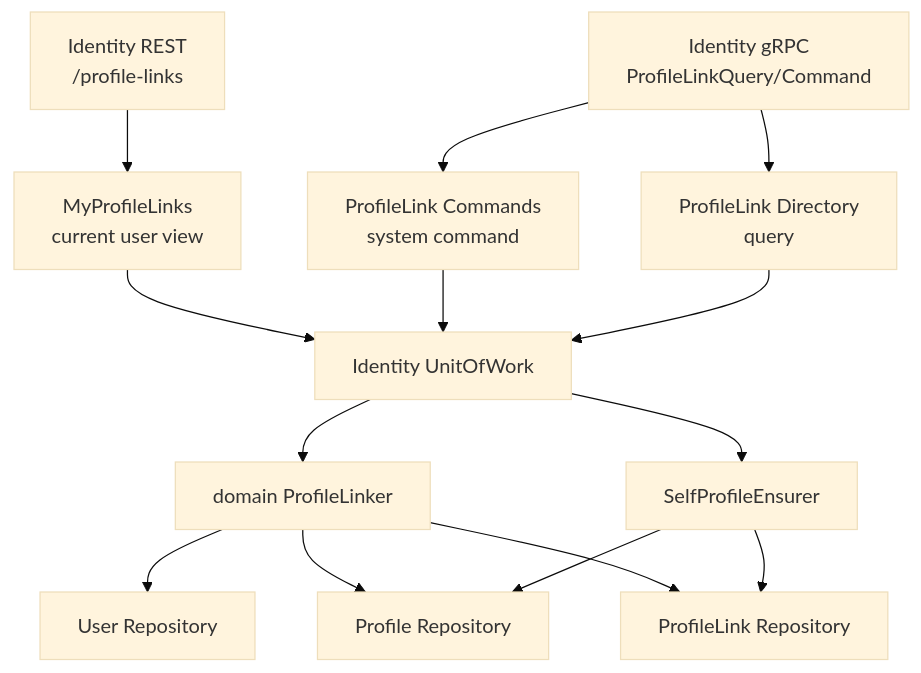
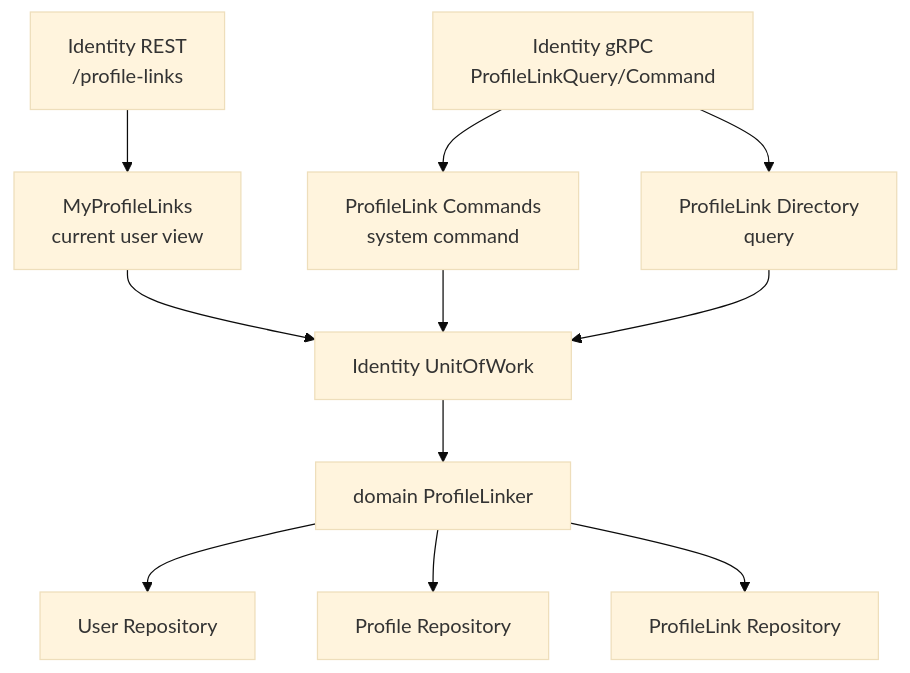
Before and after one commit to FangcunMount/iam: the first of 6 diagrams in docs/_archive/05-专题分析/04-ProfileLink链路--用户&儿童档案关系协作.md, drawn with Mermaid (base theme). The commit also changed other lines of this file and 35 other files, not shown here.

Commit message:
feat  的 identity 模块业务规则更新： - User 不一定天然拥有 self Profile。 - User 可以通过 C 端功能主动创建 Profile。 - 创建时由业务语义决定这条 ProfileLink 是 self 还是 relation。

````diff
--- a/docs/_archive/05-专题分析/04-ProfileLink链路--用户&儿童档案关系协作.md
+++ b/docs/_archive/05-专题分析/04-ProfileLink链路--用户&儿童档案关系协作.md
@@ -17,28 +17,24 @@
 ```mermaid
 flowchart TD
     REST["Identity REST\n/profile-links"]
     GRPC["Identity gRPC\nProfileLinkQuery/Command"]
     MyLinks["MyProfileLinks\ncurrent user view"]
     Commands["ProfileLink Commands\nsystem command"]
     Directory["ProfileLink Directory\nquery"]
     UOW["Identity UnitOfWork"]
     Linker["domain ProfileLinker"]
-    Ensurer["SelfProfileEnsurer"]
     User["User Repository"]
     Profile["Profile Repository"]
     Links["ProfileLink Repository"]
 
     REST --> MyLinks
     GRPC --> Commands
     GRPC --> Directory
     MyLinks --> UOW
     Commands --> UOW
     Directory --> UOW
     UOW --> Linker
-    UOW --> Ensurer
     Linker --> User
     Linker --> Profile
     Linker --> Links
-    Ensurer --> Profile
-    Ensurer --> Links
 ```
````
